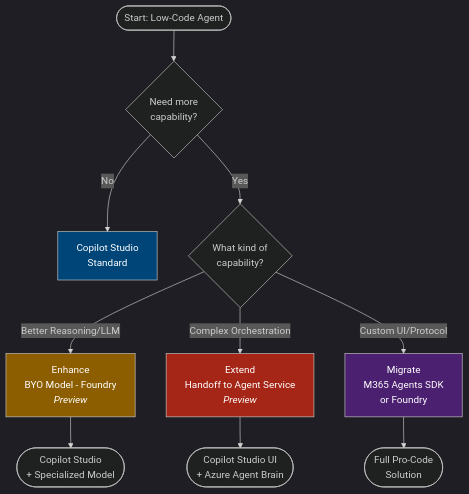
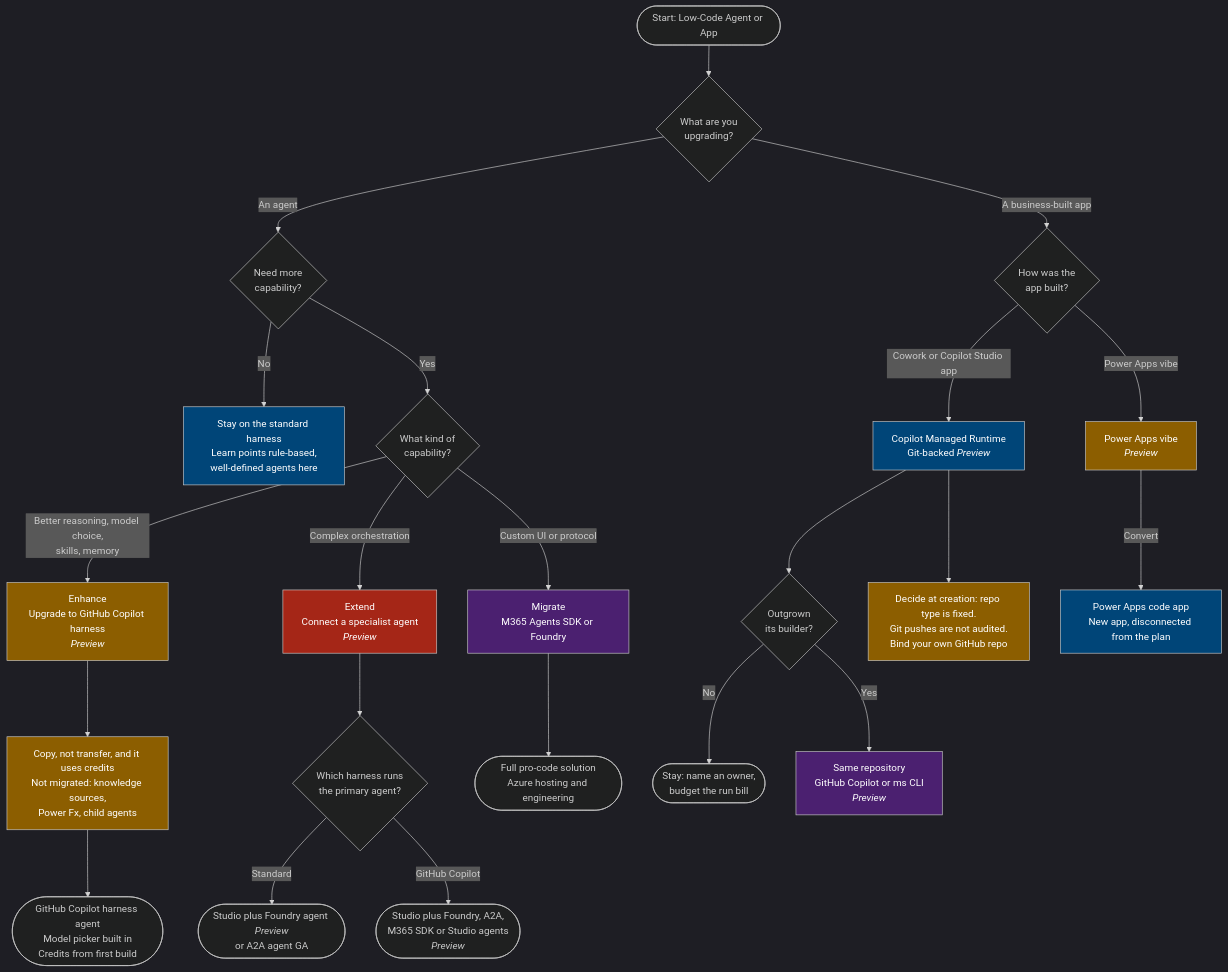
Before and after one commit to microsoft/Microsoft-AI-Decision-Framework: the eighth of 10 diagrams in docs/visual-framework.md, drawn with Mermaid. The commit also changed other lines of this file and 29 other files, not shown here.

````diff
--- a/docs/visual-framework.md
+++ b/docs/visual-framework.md
@@ -1047,21 +1078,45 @@
 ```mermaid
 %%{init: {'theme':'dark'}}%%
 flowchart TD
-    Start([Start: Low-Code Agent]) --> Q1{Need more<br/>capability?}
+    Start([Start: Low-Code Agent or App]) --> Q0{What are you<br/>upgrading?}
 
-    Q1 -->|No| Stay[Copilot Studio<br/>Standard]
+    Q0 -->|An agent| Q1{Need more<br/>capability?}
+    Q0 -->|A business-built app| A1{How was the<br/>app built?}
+
+    Q1 -->|No| Stay[Stay on the standard harness<br/>Learn points rule-based,<br/>well-defined agents here]
     Q1 -->|Yes| Q2{What kind of<br/>capability?}
 
-    Q2 -->|Better Reasoning/LLM| Path1[Enhance<br/>BYO Model - Foundry<br/><i>Preview</i>]
-    Q2 -->|Complex Orchestration| Path2[Extend<br/>Handoff to Agent Service<br/><i>Preview</i>]
-    Q2 -->|Custom UI/Protocol| Path3[Migrate<br/>M365 Agents SDK<br/>or Foundry]
+    Q2 -->|Better reasoning, model choice,<br/>skills, memory| Path1[Enhance<br/>Upgrade to GitHub Copilot harness<br/><i>Preview</i>]
+    Q2 -->|Complex orchestration| Path2[Extend<br/>Connect a specialist agent<br/><i>Preview</i>]
+    Q2 -->|Custom UI or protocol| Path3[Migrate<br/>M365 Agents SDK or Foundry]
 
-    Path1 --> Result1([Copilot Studio<br/>+ Specialized Model])
-    Path2 --> Result2([Copilot Studio UI<br/>+ Azure Agent Brain])
-    Path3 --> Result3([Full Pro-Code<br/>Solution])
+    Path1 --> Warn1[Copy, not transfer, and it uses credits<br/>Not migrated: knowledge sources,<br/>Power Fx, child agents]
+    Warn1 --> Result1([GitHub Copilot harness agent<br/>Model picker built in<br/>Credits from first build])
+
+    Path2 --> Ext1{Which harness runs<br/>the primary agent?}
+    Ext1 -->|Standard| Result2a([Studio plus Foundry agent <i>Preview</i><br/>or A2A agent GA])
+    Ext1 -->|GitHub Copilot| Result2b([Studio plus Foundry, A2A,<br/>M365 SDK or Studio agents<br/><i>Preview</i>])
+
+    Path3 --> Result3([Full pro-code solution<br/>Azure hosting and engineering])
+
+    A1 -->|Cowork or Copilot Studio app| B1[Copilot Managed Runtime<br/>Git-backed <i>Preview</i>]
+    A1 -->|Power Apps vibe| V1[Power Apps vibe<br/><i>Preview</i>]
+
+    B1 --> B2{Outgrown<br/>its builder?}
+    B1 --> Warn2[Decide at creation: repo type is fixed.<br/>Git pushes are not audited.<br/>Bind your own GitHub repo]
+    B2 -->|No| B3([Stay: name an owner,<br/>budget the run bill])
+    B2 -->|Yes| B4[Same repository<br/>GitHub Copilot or ms CLI<br/><i>Preview</i>]
+
+    V1 -->|Convert| V2[Power Apps code app<br/>New app, disconnected from the plan]
 
     style Stay fill:#004578,color:#fff
     style Path1 fill:#8c5e00,color:#fff
     style Path2 fill:#a52617,color:#fff
     style Path3 fill:#4b2070,color:#fff
+    style Warn1 fill:#8c5e00,color:#fff
+    style Warn2 fill:#8c5e00,color:#fff
+    style B1 fill:#004578,color:#fff
+    style B4 fill:#4b2070,color:#fff
+    style V1 fill:#8c5e00,color:#fff
+    style V2 fill:#004578,color:#fff
 ```
````
